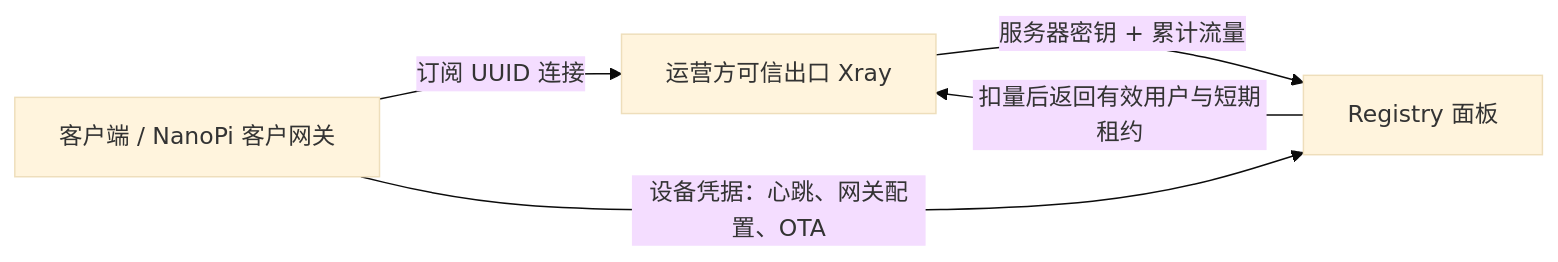
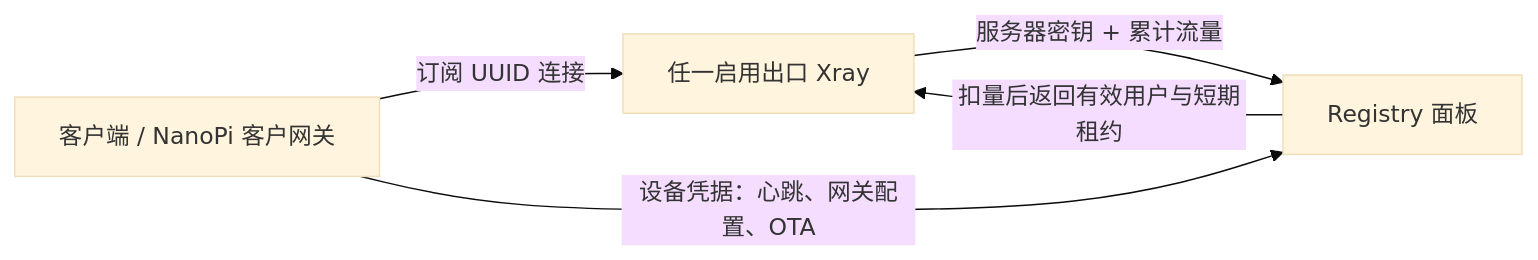
Before and after one commit to SakuraPuare/Hive: the diagram in docs/subscription-enforcement.md, drawn with Mermaid (base theme). The commit also changed other lines of this file and 49 other files, not shown here.

````diff
--- a/docs/subscription-enforcement.md
+++ b/docs/subscription-enforcement.md
@@ -21,7 +22,7 @@
 ```mermaid
 flowchart LR
-    C[客户端 / NanoPi 客户网关] -->|订阅 UUID 连接| S[运营方可信出口 Xray]
+    C[客户端 / NanoPi 客户网关] -->|订阅 UUID 连接| S[任一启用出口 Xray]
     S -->|服务器密钥 + 累计流量| R[Registry 面板]
     R -->|扣量后返回有效用户与短期租约| S
     C -->|设备凭据：心跳、网关配置、OTA| R
 ```
````
